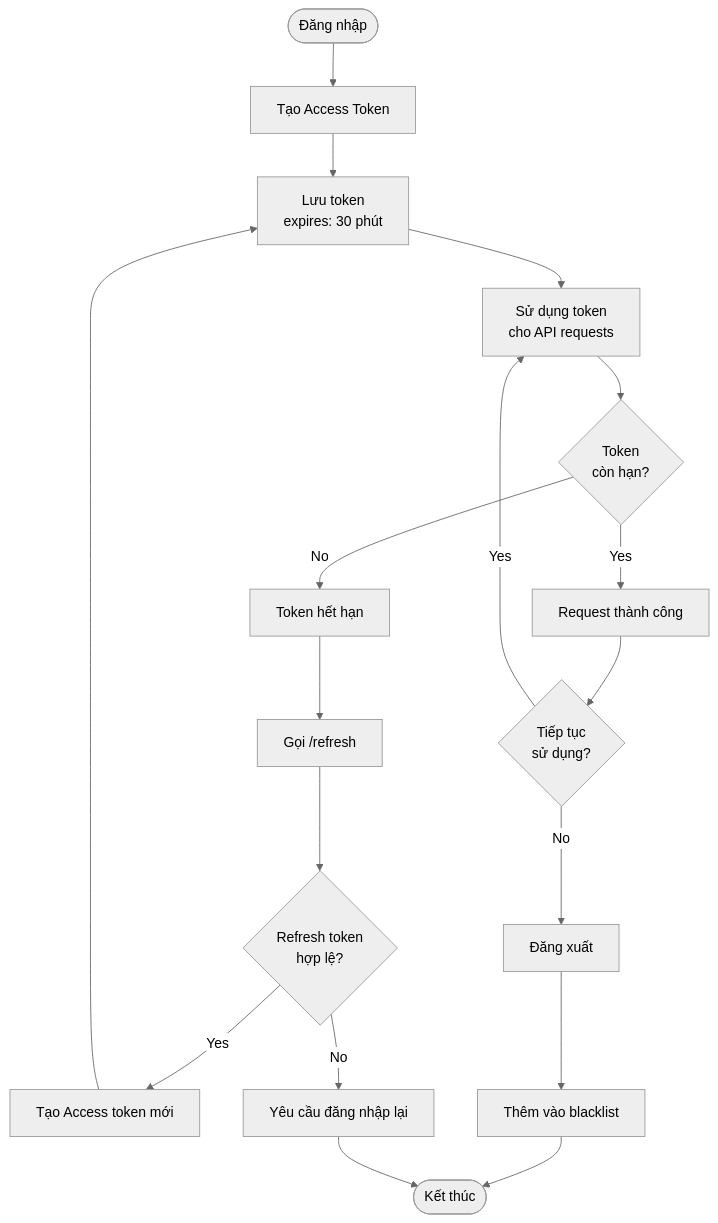
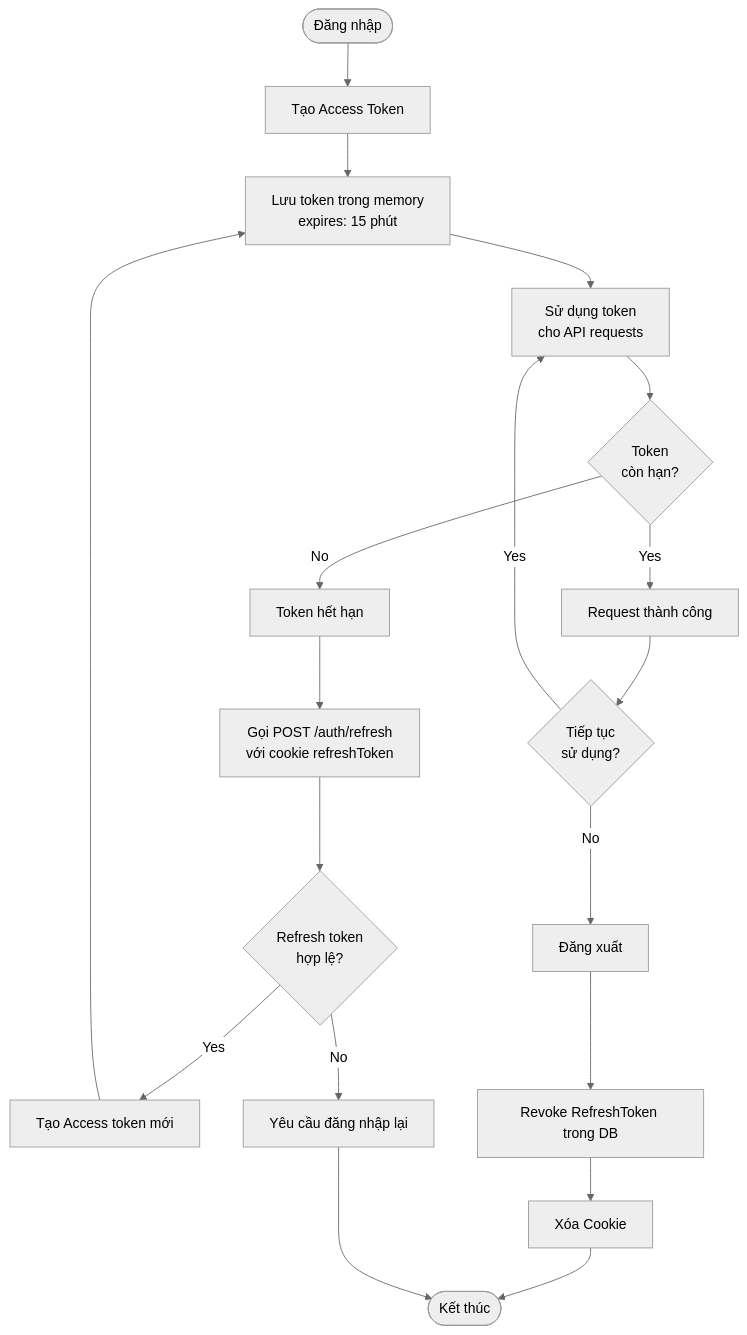
One commit to huy1235588/restaurant-management changed the fifth of 12 diagrams in docs/diagrams/AUTHENTICATION_MANAGEMENT_DIAGRAMS.md. Above: the diagram before and after it, drawn with Mermaid (neutral theme). The commit also changed other lines of this file and 18 other files, not shown here.

````diff
--- a/docs/diagrams/AUTHENTICATION_MANAGEMENT_DIAGRAMS.md
+++ b/docs/diagrams/AUTHENTICATION_MANAGEMENT_DIAGRAMS.md
@@ -171,27 +158,28 @@
 ```mermaid
 flowchart TB
     Start([Đăng nhập]) --> Create[Tạo Access Token]
-    Create --> Store[Lưu token<br/>expires: 30 phút]
+    Create --> Store[Lưu token trong memory<br/>expires: 15 phút]
     
     Store --> Use[Sử dụng token<br/>cho API requests]
     
     Use --> Check{Token<br/>còn hạn?}
     Check -->|Yes| Valid[Request thành công]
     Check -->|No| Expired[Token hết hạn]
     
-    Expired --> Refresh[Gọi /refresh]
+    Expired --> Refresh[Gọi POST /auth/refresh<br/>với cookie refreshToken]
     Refresh --> CheckRefresh{Refresh token<br/>hợp lệ?}
     
     CheckRefresh -->|Yes| NewAccess[Tạo Access token mới]
     CheckRefresh -->|No| ReLogin[Yêu cầu đăng nhập lại]
     
     NewAccess --> Store
     Valid --> Continue{Tiếp tục<br/>sử dụng?}
     
     Continue -->|Yes| Use
     Continue -->|No| Logout[Đăng xuất]
     
-    Logout --> Blacklist[Thêm vào blacklist]
-    Blacklist --> End([Kết thúc])
+    Logout --> RevokeToken[Revoke RefreshToken trong DB]
+    RevokeToken --> ClearCookie[Xóa Cookie]
+    ClearCookie --> End([Kết thúc])
     ReLogin --> End
 ```
````
